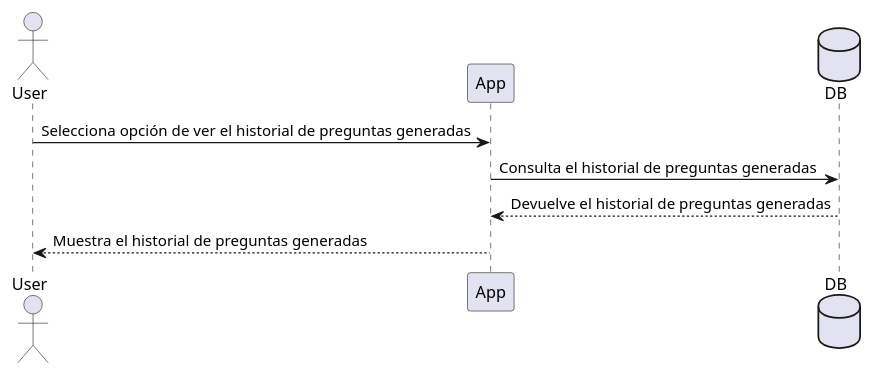
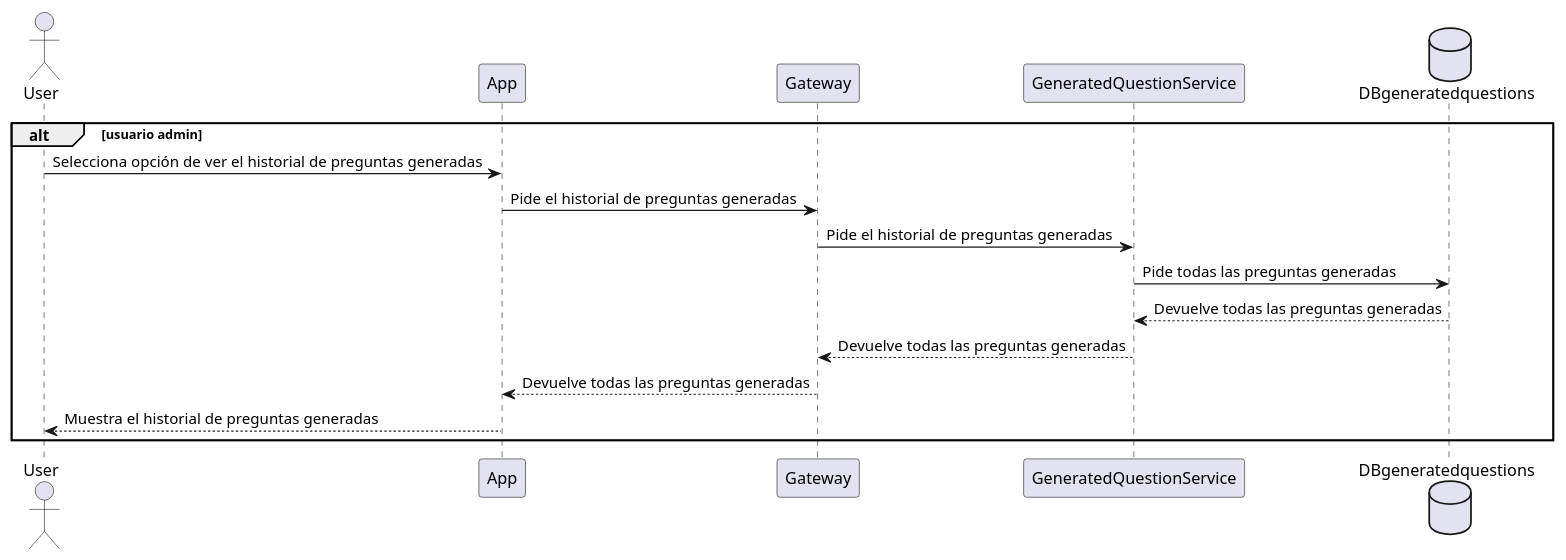
Before and after one commit to Arquisoft/wiq_es6b: the sixth of 9 diagrams in docs/src/06_runtime_view.adoc, drawn with PlantUML. The commit also changed other lines of this file, not shown here.

Commit message:
Actualizados diagramas de secuencia

```diff
--- a/docs/src/06_runtime_view.adoc
+++ b/docs/src/06_runtime_view.adoc
@@ -129,11 +174,19 @@
 [plantuml,"Preguntas",png]
 ----
 actor User
 participant App
-database DB
+participant Gateway
+participant GeneratedQuestionService
+database DBgeneratedquestions
 
+alt usuario admin
 User -> App: Selecciona opción de ver el historial de preguntas generadas
-App -> DB: Consulta el historial de preguntas generadas
-App <-- DB: Devuelve el historial de preguntas generadas
+App -> Gateway: Pide el historial de preguntas generadas
+Gateway -> GeneratedQuestionService: Pide el historial de preguntas generadas
+GeneratedQuestionService -> DBgeneratedquestions: Pide todas las preguntas generadas
+GeneratedQuestionService <-- DBgeneratedquestions: Devuelve todas las preguntas generadas
+Gateway <-- GeneratedQuestionService: Devuelve todas las preguntas generadas
+App <-- Gateway: Devuelve todas las preguntas generadas
 User <-- App: Muestra el historial de preguntas generadas
+end
 ----
```
